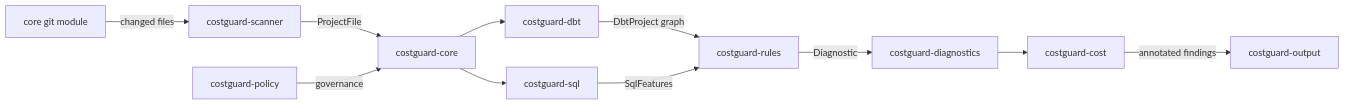
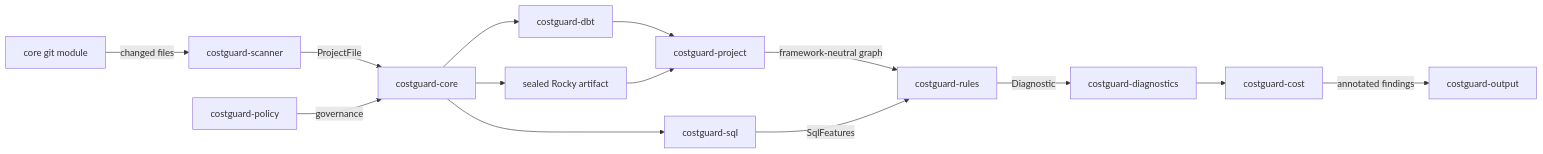
One commit to hypertrial/costguard changed the second of 2 diagrams in docs/book/contributing/architecture.md. Above: the diagram before and after it, drawn with Mermaid. The commit also changed other lines of this file and 66 other files, not shown here.

````diff
--- a/docs/book/contributing/architecture.md
+++ b/docs/book/contributing/architecture.md
@@ -39,13 +43,16 @@
 ```mermaid
 flowchart LR
   git[core git module] -->|changed files| scanner[costguard-scanner]
   scanner -->|ProjectFile| core[costguard-core]
   core --> dbt[costguard-dbt]
+  core --> rocky[sealed Rocky artifact]
+  dbt --> project[costguard-project]
+  rocky --> project
   core --> sql[costguard-sql]
-  dbt -->|DbtProject graph| rules[costguard-rules]
+  project -->|framework-neutral graph| rules[costguard-rules]
   sql -->|SqlFeatures| rules
   rules -->|Diagnostic| diagnostics[costguard-diagnostics]
   diagnostics --> cost[costguard-cost]
   cost -->|annotated findings| output[costguard-output]
   policy[costguard-policy] -->|governance| core
 ```
````
